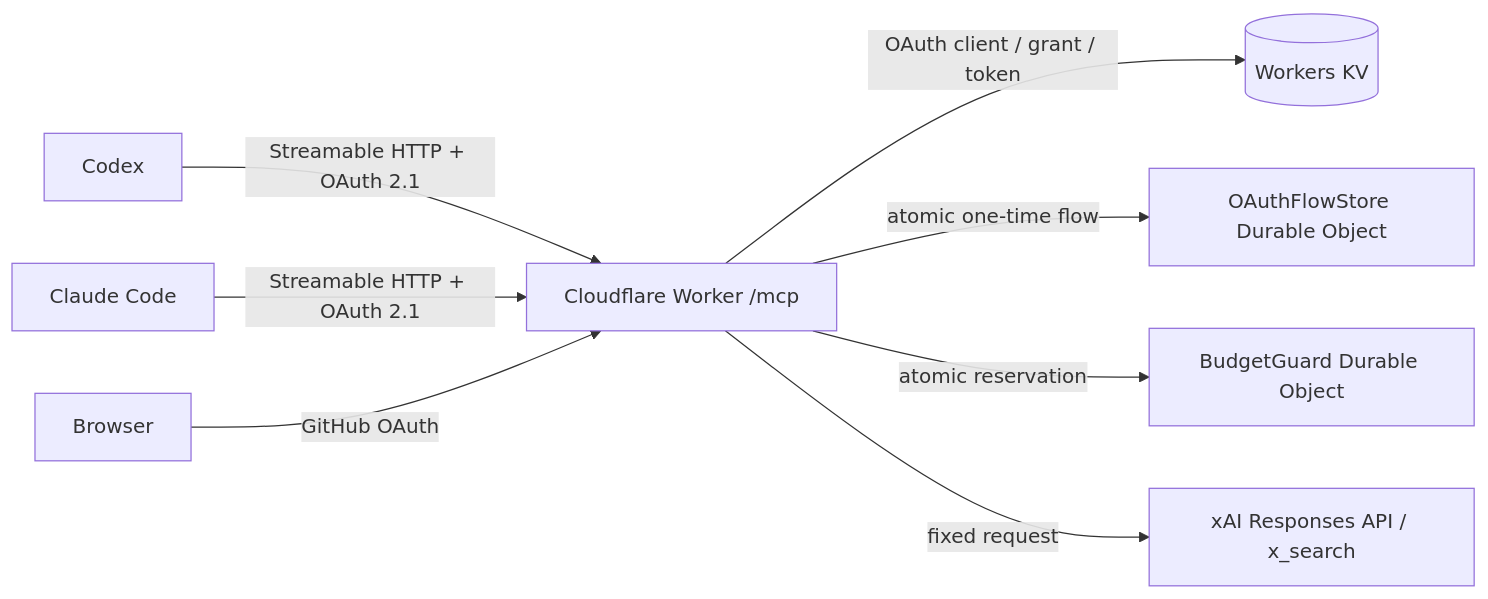
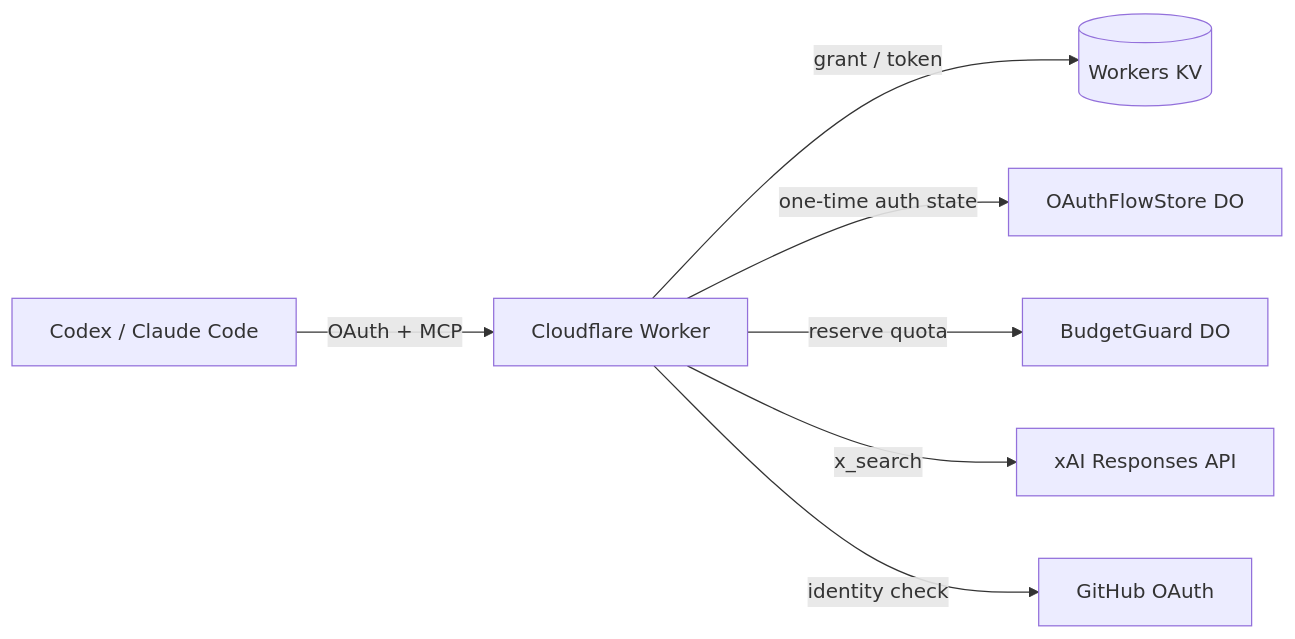
Before and after one commit to snhryt-neo/dotfiles: the diagram in tools/xai-search-mcp/README.md, drawn with Mermaid. The commit also changed other lines of this file, not shown here.

````diff
--- a/tools/xai-search-mcp/README.md
+++ b/tools/xai-search-mcp/README.md
@@ -181,10 +76,9 @@
 ```mermaid
 flowchart LR
-    Codex -->|Streamable HTTP + OAuth 2.1| Worker[Cloudflare Worker /mcp]
-    Claude[Claude Code] -->|Streamable HTTP + OAuth 2.1| Worker
-    Worker -->|OAuth client / grant / token| KV[(Workers KV)]
-    Worker -->|atomic one-time flow| FlowDO[OAuthFlowStore Durable Object]
-    Worker -->|atomic reservation| BudgetDO[BudgetGuard Durable Object]
-    Worker -->|fixed request| XAI[xAI Responses API / x_search]
-    Browser -->|GitHub OAuth| Worker
+    Client[Codex / Claude Code] -->|OAuth + MCP| Worker[Cloudflare Worker]
+    Worker -->|grant / token| KV[(Workers KV)]
+    Worker -->|one-time auth state| Flow[OAuthFlowStore DO]
+    Worker -->|reserve quota| Budget[BudgetGuard DO]
+    Worker -->|x_search| xAI[xAI Responses API]
+    Worker -->|identity check| GitHub[GitHub OAuth]
 ```
````
